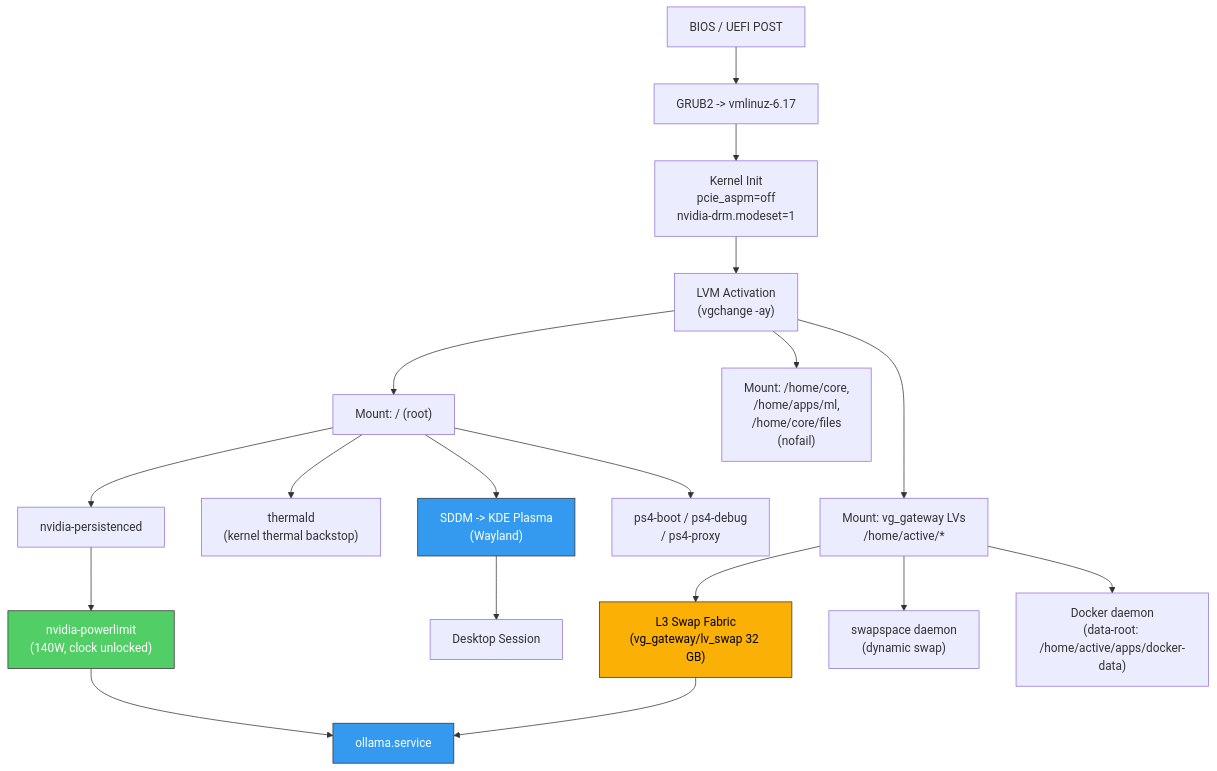
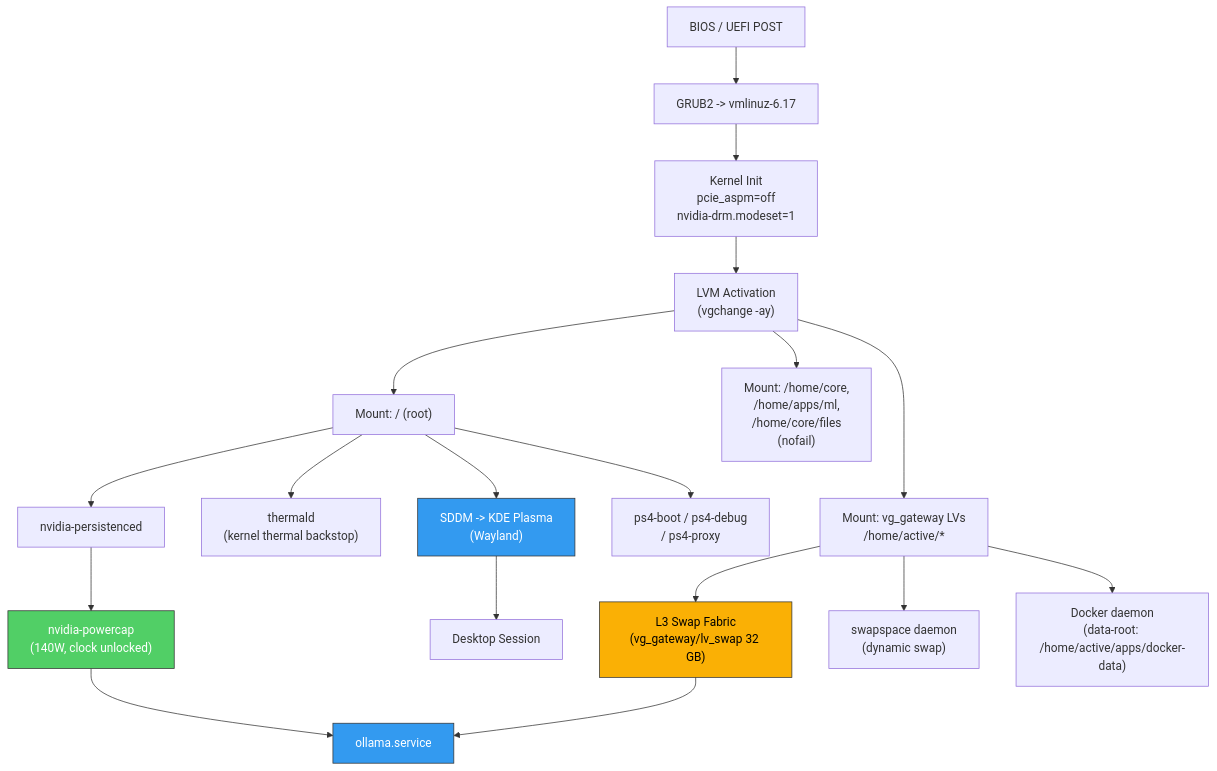
Before and after one commit to AmeerJ97/project-host: diagram 23 of 24 in docs/architecture.md, drawn with Mermaid. The commit also changed other lines of this file and 23 other files, not shown here.

````diff
--- a/docs/architecture.md
+++ b/docs/architecture.md
@@ -1349,31 +1396,31 @@
 ```mermaid
 graph TD
     BIOS["BIOS / UEFI POST"] --> GRUB["GRUB2 -> vmlinuz-6.17"]
     GRUB --> Kernel["Kernel Init<br>pcie_aspm=off<br>nvidia-drm.modeset=1"]
     Kernel --> LVM["LVM Activation<br>(vgchange -ay)"]
 
     LVM --> MOUNTS_SYS["Mount: / (root)"]
     LVM --> MOUNTS_DATA["Mount: /home/core,<br>/home/apps/ml,<br>/home/core/files<br>(nofail)"]
     LVM --> MOUNTS_GW["Mount: vg_gateway LVs<br>/home/active/*"]
 
     MOUNTS_GW --> SWAP["L3 Swap Fabric<br>(vg_gateway/lv_swap 32 GB)"]
     MOUNTS_GW --> SWAPSPACE["swapspace daemon<br>(dynamic swap)"]
     MOUNTS_GW --> DOCKER["Docker daemon<br>(data-root: /home/active/apps/docker-data)"]
 
     MOUNTS_SYS --> NVIDIA_PERSIST["nvidia-persistenced"]
-    NVIDIA_PERSIST --> NVIDIA_PC["nvidia-powerlimit<br>(140W, clock unlocked)"]
+    NVIDIA_PERSIST --> NVIDIA_PC["nvidia-powercap<br>(140W, clock unlocked)"]
     NVIDIA_PC --> OLLAMA["ollama.service"]
     SWAP --> OLLAMA
 
     MOUNTS_SYS --> THERMALD["thermald<br>(kernel thermal backstop)"]
 
     MOUNTS_SYS --> SDDM["SDDM -> KDE Plasma<br>(Wayland)"]
     SDDM --> DESKTOP["Desktop Session"]
 
     MOUNTS_SYS --> PS4["ps4-boot / ps4-debug<br>/ ps4-proxy"]
 
     style SWAP fill:#fab005,stroke:#333,color:#000
     style NVIDIA_PC fill:#51cf66,stroke:#333,color:#fff
     style SDDM fill:#339af0,stroke:#333,color:#fff
     style OLLAMA fill:#339af0,stroke:#333,color:#fff
 ```
````
